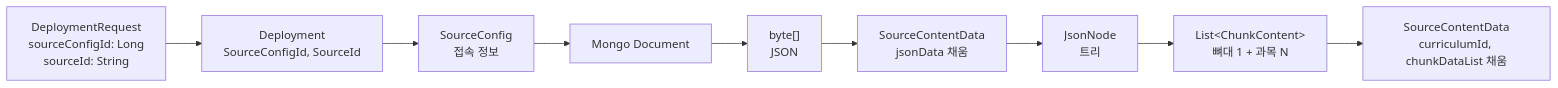
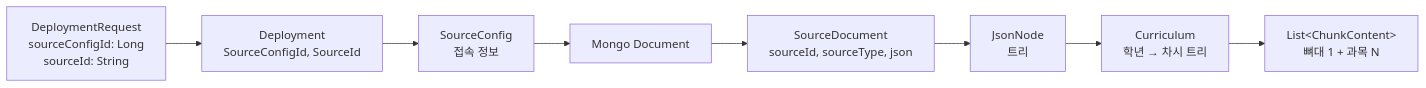
The second of 15 diagrams in docs/system/source-read.md (brunosong/transfersystem), drawn with Mermaid before and after one commit. The commit also changed other lines of this file and 3 other files, not shown here.

````diff
--- a/docs/system/source-read.md
+++ b/docs/system/source-read.md
@@ -55,11 +59,10 @@
 ```mermaid
 flowchart LR
   A["DeploymentRequest<br/>sourceConfigId: Long<br/>sourceId: String"] --> B["Deployment<br/>SourceConfigId, SourceId"]
   B --> C["SourceConfig<br/>접속 정보"]
   C --> D["Mongo Document"]
-  D --> E["byte[]<br/>JSON"]
-  E --> F["SourceContentData<br/>jsonData 채움"]
-  F --> G["JsonNode<br/>트리"]
-  G --> H["List&lt;ChunkContent&gt;<br/>뼈대 1 + 과목 N"]
-  H --> I["SourceContentData<br/>curriculumId, chunkDataList 채움"]
+  D --> E["SourceDocument<br/>sourceId, sourceType, json"]
+  E --> G["JsonNode<br/>트리"]
+  G --> H["Curriculum<br/>학년 → 차시 트리"]
+  H --> I["List&lt;ChunkContent&gt;<br/>뼈대 1 + 과목 N"]
 ```
````
